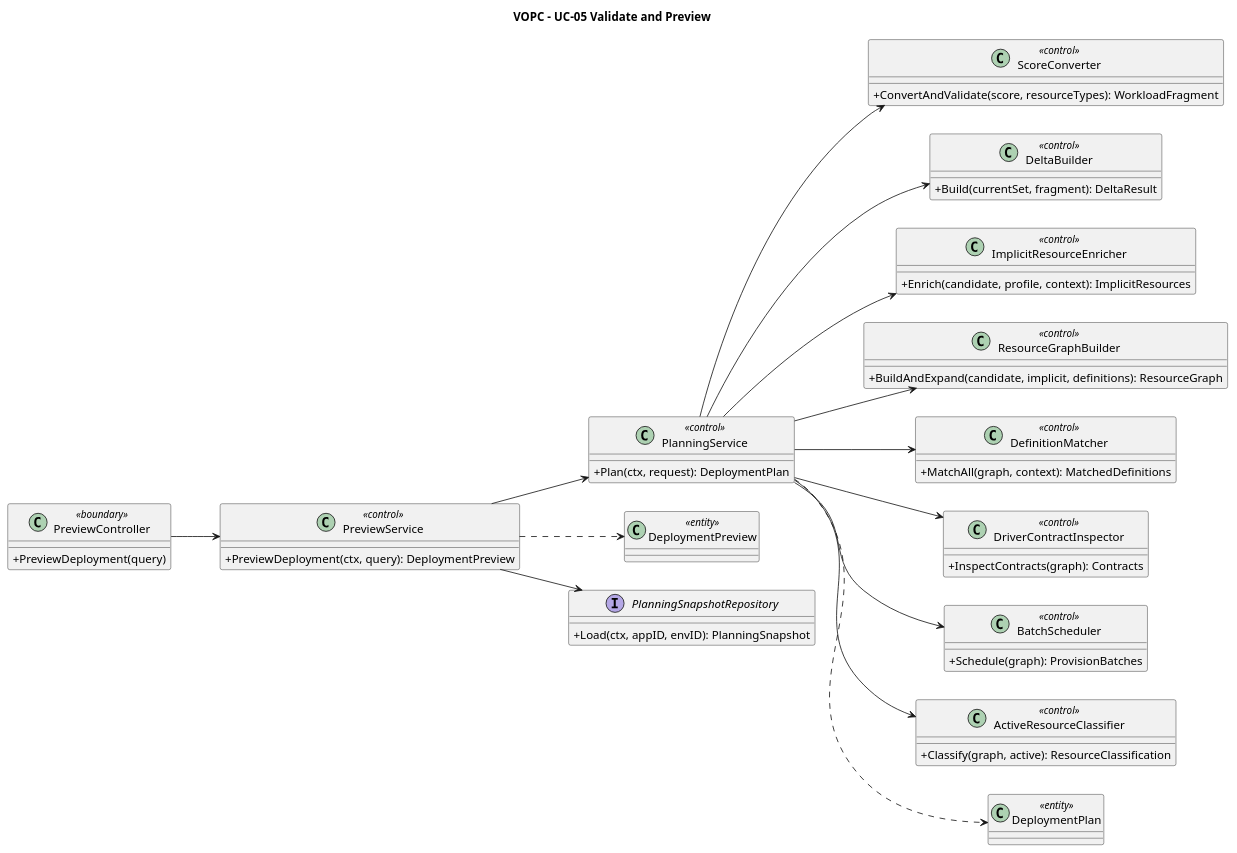
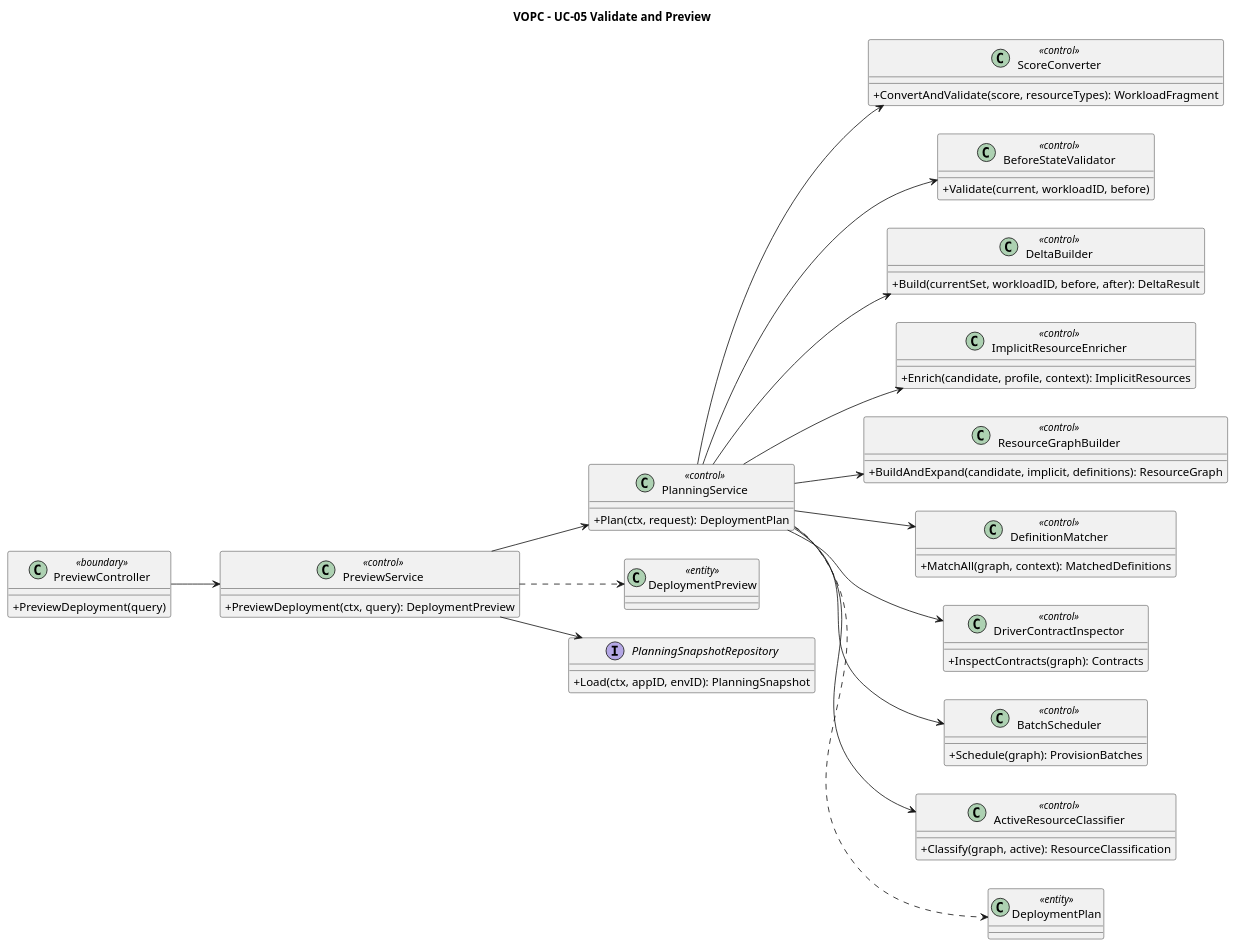
The diagram in orchestrator_docs/usecase/UC-05/vopc.puml (pr3s3nt/poc), drawn with PlantUML before and after one commit. The commit also changed 139 other files, not shown here.

```diff
--- a/orchestrator_docs/usecase/UC-05/vopc.puml
+++ b/orchestrator_docs/usecase/UC-05/vopc.puml
@@ -1,56 +1,60 @@
 @startuml
 title VOPC - UC-05 Validate and Preview
 left to right direction
 skinparam classAttributeIconSize 0
 class PreviewController <<boundary>> {
   +PreviewDeployment(query)
 }
 class PreviewService <<control>> {
   +PreviewDeployment(ctx, query): DeploymentPreview
 }
 class PlanningService <<control>> {
   +Plan(ctx, request): DeploymentPlan
 }
 class ScoreConverter <<control>> {
   +ConvertAndValidate(score, resourceTypes): WorkloadFragment
 }
+class BeforeStateValidator <<control>> {
+  +Validate(current, workloadID, before)
+}
 class DeltaBuilder <<control>> {
-  +Build(currentSet, fragment): DeltaResult
+  +Build(currentSet, workloadID, before, after): DeltaResult
 }
 class ImplicitResourceEnricher <<control>> {
   +Enrich(candidate, profile, context): ImplicitResources
 }
 class ResourceGraphBuilder <<control>> {
   +BuildAndExpand(candidate, implicit, definitions): ResourceGraph
 }
 class DefinitionMatcher <<control>> {
   +MatchAll(graph, context): MatchedDefinitions
 }
 class DriverContractInspector <<control>> {
   +InspectContracts(graph): Contracts
 }
 class BatchScheduler <<control>> {
   +Schedule(graph): ProvisionBatches
 }
 class ActiveResourceClassifier <<control>> {
   +Classify(graph, active): ResourceClassification
 }
 class DeploymentPlan <<entity>>
 class DeploymentPreview <<entity>>
 interface PlanningSnapshotRepository {
   +Load(ctx, appID, envID): PlanningSnapshot
 }
 PreviewController --> PreviewService
 PreviewService --> PlanningSnapshotRepository
 PreviewService --> PlanningService
 PreviewService ..> DeploymentPreview
 PlanningService --> ScoreConverter
+PlanningService --> BeforeStateValidator
 PlanningService --> DeltaBuilder
 PlanningService --> ImplicitResourceEnricher
 PlanningService --> ResourceGraphBuilder
 PlanningService --> DefinitionMatcher
 PlanningService --> DriverContractInspector
 PlanningService --> BatchScheduler
 PlanningService --> ActiveResourceClassifier
 PlanningService ..> DeploymentPlan
 @enduml
```
